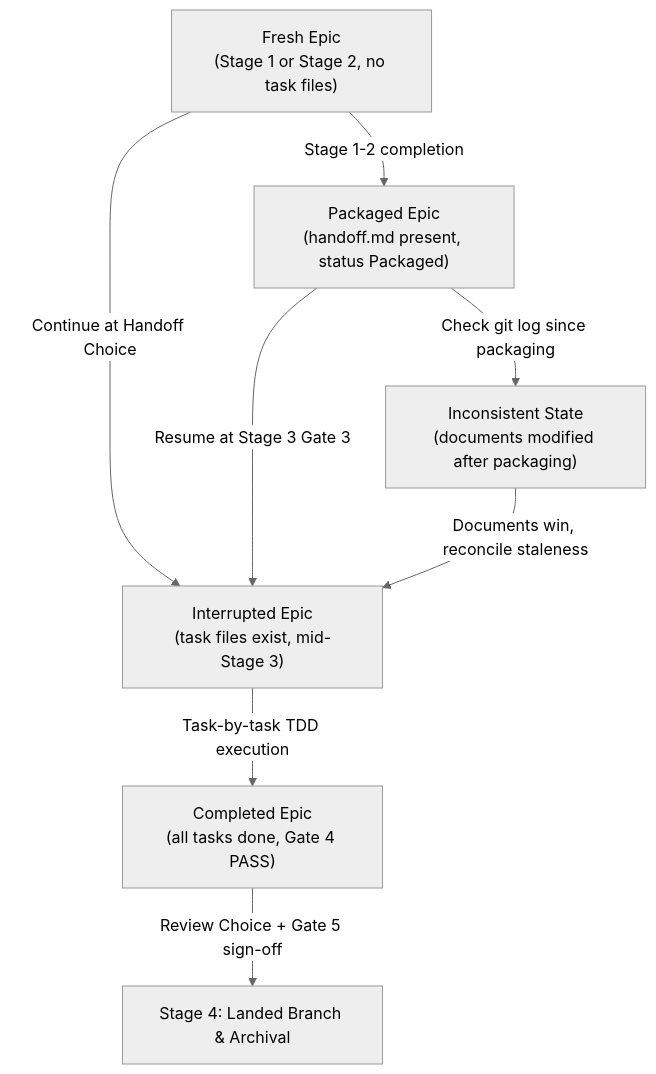
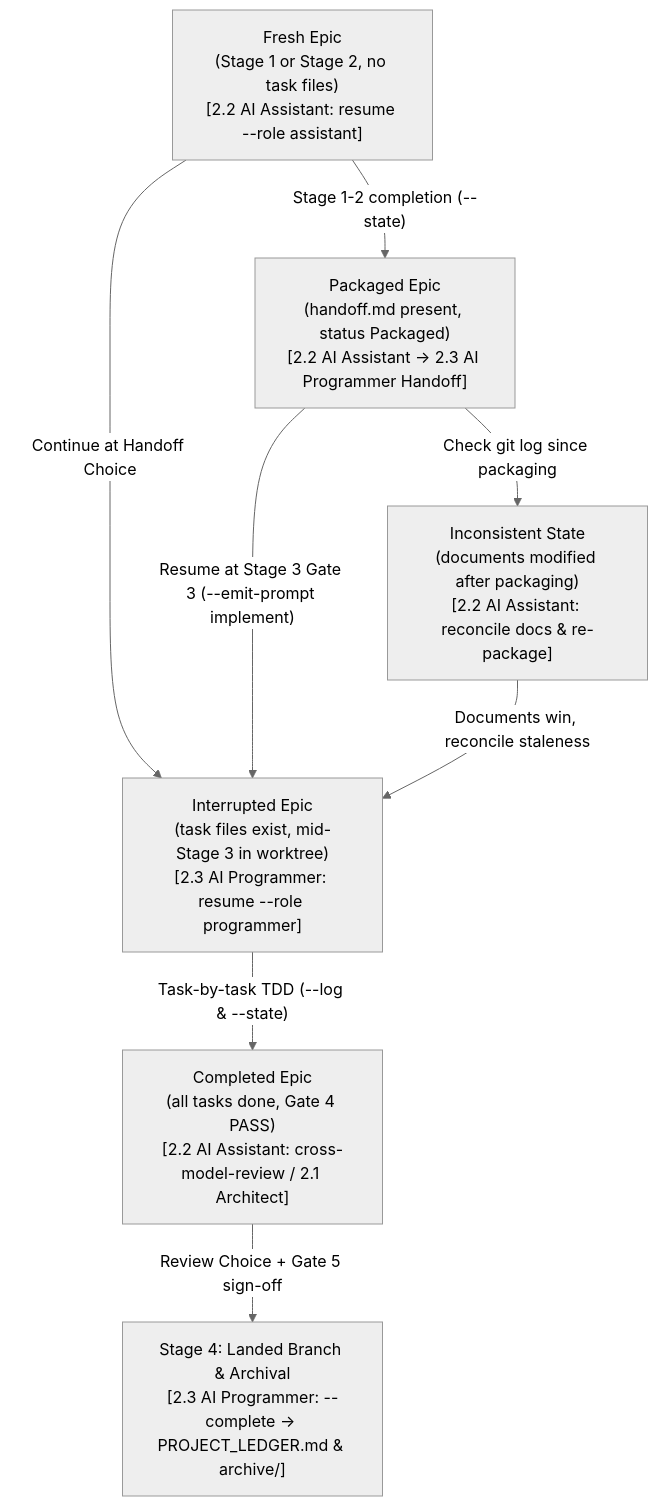
Before and after one commit to DanhDue/ai-agent-tools: the second of 5 diagrams in docs/lifecycles.en.md, drawn with Mermaid (neutral theme). The commit also changed other lines of this file and 3 other files, not shown here.

First line of the commit message:
[CONTEXT_MEMORY_QUICK_GUIDE] Add Tri-Role context memory quick-guide and update lifecycle diagrams

````diff
--- a/docs/lifecycles.en.md
+++ b/docs/lifecycles.en.md
@@ -111,16 +111,17 @@
 ```mermaid
 flowchart TD
-    FRESH["Fresh Epic<br/>(Stage 1 or Stage 2, no task files)"]
-    PKG["Packaged Epic<br/>(handoff.md present, status Packaged)"]
-    INTR["Interrupted Epic<br/>(task files exist, mid-Stage 3)"]
-    DONE_EPIC["Completed Epic<br/>(all tasks done, Gate 4 PASS)"]
-    INCON["Inconsistent State<br/>(documents modified after packaging)"]
+    FRESH["Fresh Epic<br/>(Stage 1 or Stage 2, no task files)<br/>[2.2 AI Assistant: resume --role assistant]"]
+    PKG["Packaged Epic<br/>(handoff.md present, status Packaged)<br/>[2.2 AI Assistant -> 2.3 AI Programmer Handoff]"]
+    INTR["Interrupted Epic<br/>(task files exist, mid-Stage 3 in worktree)<br/>[2.3 AI Programmer: resume --role programmer]"]
+    DONE_EPIC["Completed Epic<br/>(all tasks done, Gate 4 PASS)<br/>[2.2 AI Assistant: cross-model-review / 2.1 Architect]"]
+    INCON["Inconsistent State<br/>(documents modified after packaging)<br/>[2.2 AI Assistant: reconcile docs &amp; re-package]"]
+    MERGED["Stage 4: Landed Branch &amp; Archival<br/>[2.3 AI Programmer: --complete -> PROJECT_LEDGER.md &amp; archive/]"]
 
-    FRESH -->|"Stage 1-2 completion"| PKG
+    FRESH -->|"Stage 1-2 completion (--state)"| PKG
     FRESH -->|"Continue at Handoff Choice"| INTR
     PKG -->|"Check git log since packaging"| INCON
-    PKG -->|"Resume at Stage 3 Gate 3"| INTR
+    PKG -->|"Resume at Stage 3 Gate 3 (--emit-prompt implement)"| INTR
     INCON -->|"Documents win, reconcile staleness"| INTR
-    INTR -->|"Task-by-task TDD execution"| DONE_EPIC
-    DONE_EPIC -->|"Review Choice + Gate 5 sign-off"| MERGED["Stage 4: Landed Branch & Archival"]
+    INTR -->|"Task-by-task TDD (--log &amp; --state)"| DONE_EPIC
+    DONE_EPIC -->|"Review Choice + Gate 5 sign-off"| MERGED
 ```
````
